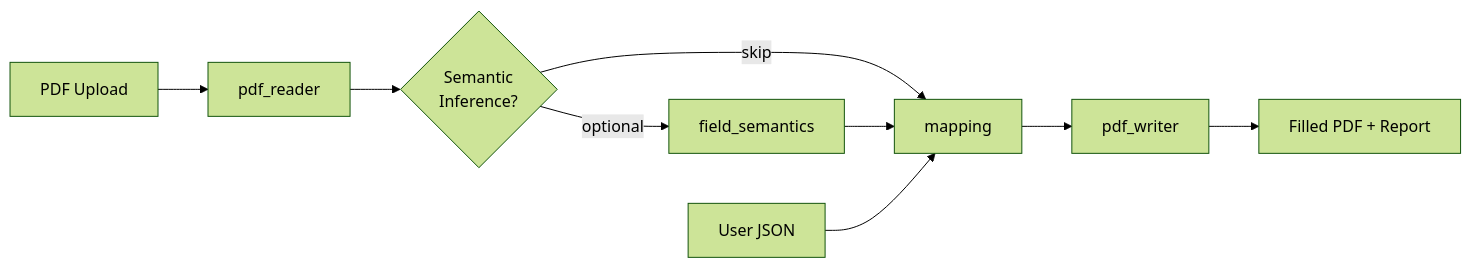
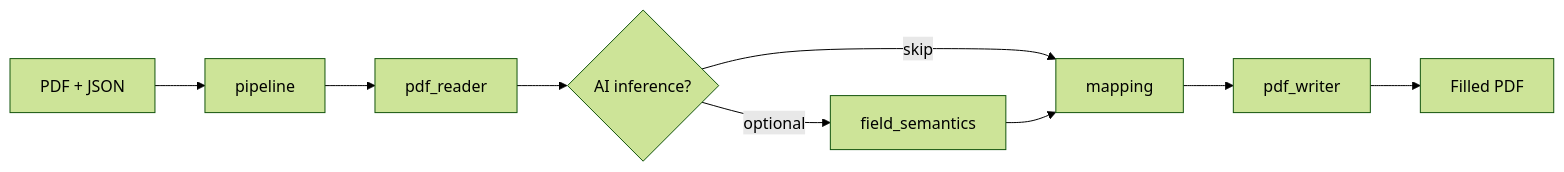
One commit to lindseystead/ai-pdf-autofiller changed the diagram in README.md. Above: the diagram before and after it, drawn with Mermaid (forest theme). The commit also changed other lines of this file and 15 other files, not shown here.

````diff
--- a/README.md
+++ b/README.md
@@ -139,11 +151,11 @@
 ```mermaid
 flowchart LR
-    A[PDF Upload] --> B[pdf_reader]
-    B --> C{Semantic<br/>Inference?}
-    C -->|optional| D[field_semantics]
-    C -->|skip| E[mapping]
-    D --> E
-    F[User JSON] --> E
-    E --> G[pdf_writer]
-    G --> H[Filled PDF + Report]
+    A[PDF + JSON] --> B[pipeline]
+    B --> C[pdf_reader]
+    C --> D{AI inference?}
+    D -->|optional| E[field_semantics]
+    D -->|skip| F[mapping]
+    E --> F
+    F --> G[pdf_writer]
+    G --> H[Filled PDF]
 ```
````
